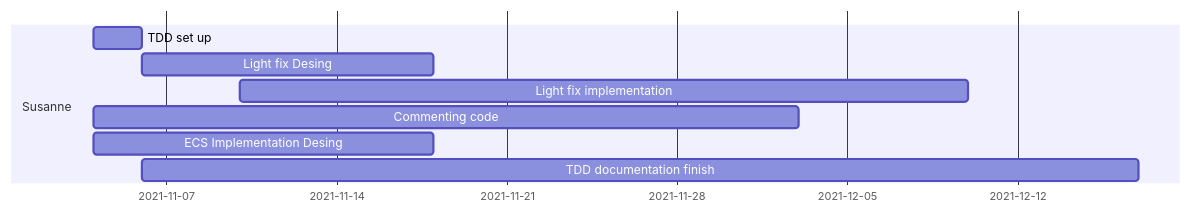
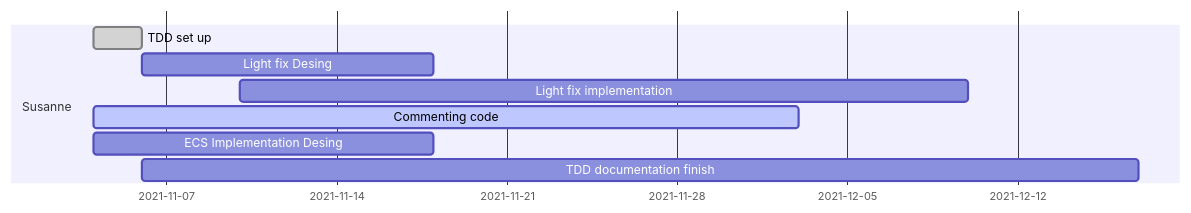
Before and after one commit to IlkkaTakala/Eril-Engine: the fifth of 7 diagrams in docs/ProjectPlan.md, drawn with Mermaid. The commit also changed other lines of this file and 2 other files, not shown here.

Commit message:
Updated timelines and added readme

````diff
--- a/docs/ProjectPlan.md
+++ b/docs/ProjectPlan.md
@@ -97,12 +97,12 @@
 ```mermaid
 gantt
 dateFormat  DD-MM
 
 section Susanne
-TDD set up              :         sdes1, 04-11, 06-11
+TDD set up              :done,    sdes1, 04-11, 06-11
 Light fix  Desing       :         sdes2, after sdes1, 18-11
 Light fix implementation:         sdes3, 10-11, 10-12
-Commenting code         :         sdes4, 04-11, 03-12
-ECS Implementation Desing:         sdes5, 04-11, 18-11
+Commenting code         :active,  sdes4, 04-11, 03-12
+ECS Implementation Desing:        sdes5, 04-11, 18-11
 TDD documentation finish:         sdes6, after sdes1, 17-12
 ```
````
